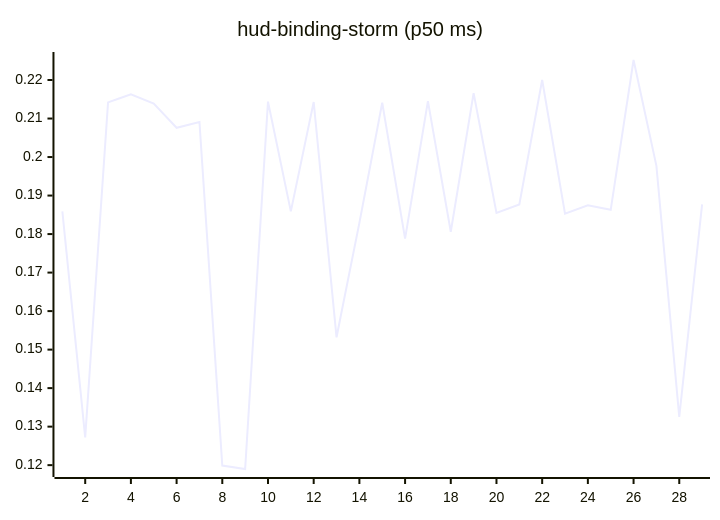
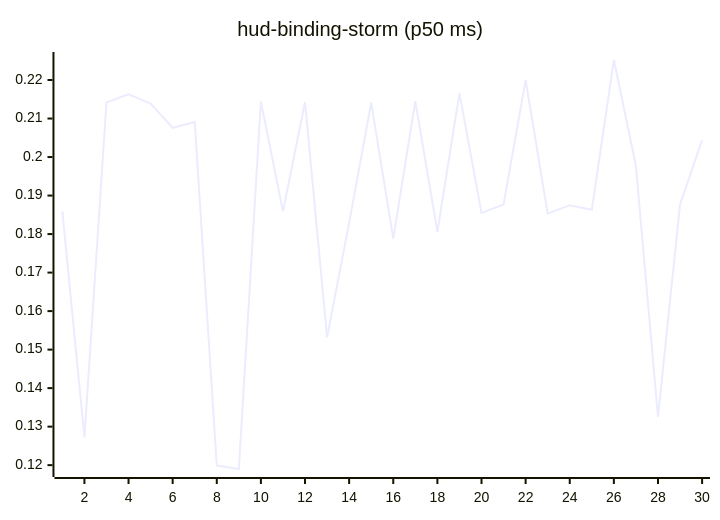
The tenth of 27 diagrams in README.md (josha/Facet), drawn with Mermaid before and after one commit. The commit also changed other lines of this file and 2 other files, not shown here.

````diff
--- a/README.md
+++ b/README.md
@@ -126,6 +126,6 @@
 ```mermaid
 xychart-beta
     title "hud-binding-storm (p50 ms)"
-    x-axis 1 --> 29
-    line [0.1859, 0.1272, 0.2142, 0.2163, 0.2139, 0.2076, 0.2091, 0.1199, 0.1190, 0.2144, 0.1859, 0.2143, 0.1532, 0.1829, 0.2141, 0.1788, 0.2145, 0.1806, 0.2166, 0.1855, 0.1877, 0.2200, 0.1853, 0.1875, 0.1863, 0.2252, 0.1977, 0.1325, 0.1877]
+    x-axis 1 --> 30
+    line [0.1859, 0.1272, 0.2142, 0.2163, 0.2139, 0.2076, 0.2091, 0.1199, 0.1190, 0.2144, 0.1859, 0.2143, 0.1532, 0.1829, 0.2141, 0.1788, 0.2145, 0.1806, 0.2166, 0.1855, 0.1877, 0.2200, 0.1853, 0.1875, 0.1863, 0.2252, 0.1977, 0.1325, 0.1877, 0.2044]
 ```
````
